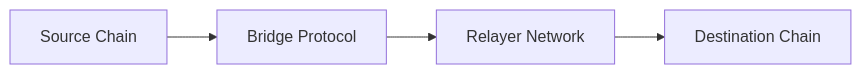
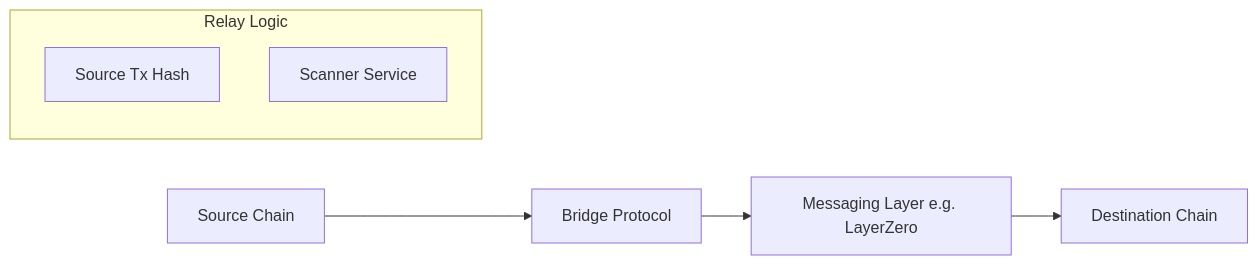
The diagram in dart_web3/packages/bridge/README.md (ImL1s/dart_web3), drawn with Mermaid before and after one commit. The commit also changed other lines of this file and 31 other files, not shown here.

````diff
--- a/dart_web3/packages/bridge/README.md
+++ b/dart_web3/packages/bridge/README.md
@@ -14,6 +17,11 @@
 ```mermaid
 graph LR
-    SourceChain[Source Chain] --> Bridge[Bridge Protocol]
-    Bridge --> Relayer[Relayer Network]
-    Relayer --> DestChain[Destination Chain]
+    Source[Source Chain] --> Bridge[Bridge Protocol]
+    Bridge --> Messaging[Messaging Layer e.g. LayerZero]
+    Messaging --> Dest[Destination Chain]
+    
+    subgraph Tracking [Relay Logic]
+        SourceTx[Source Tx Hash]
+        Status[Scanner Service]
+    end
 ```
````
